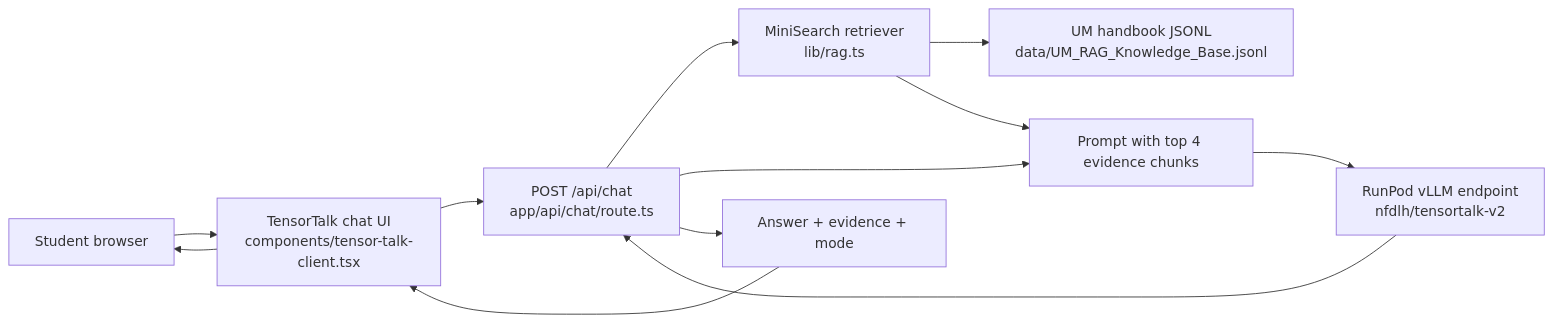
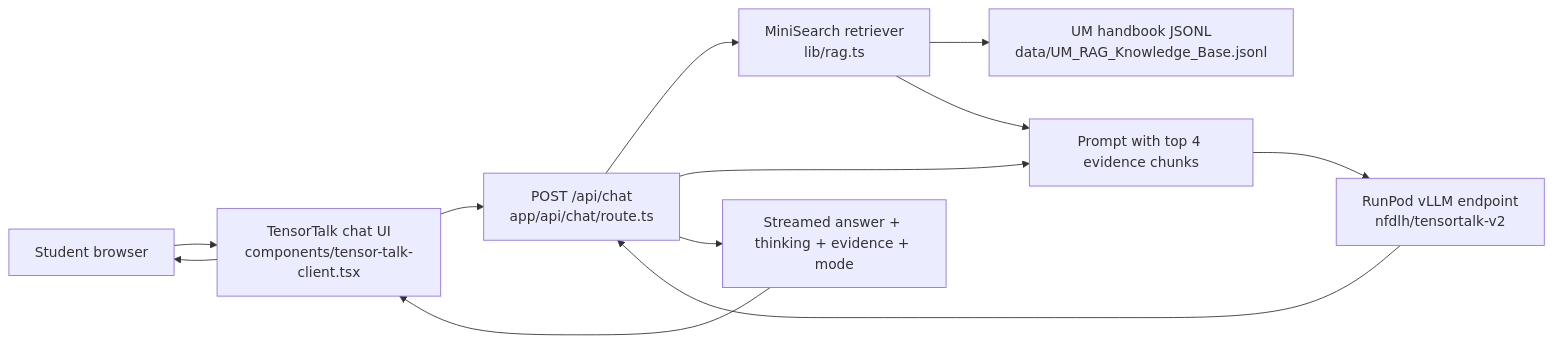
The diagram in README.md (nfdlh/tensor-talk), drawn with Mermaid before and after one commit. The commit also changed other lines of this file and 9 other files, not shown here.

````diff
--- a/README.md
+++ b/README.md
@@ -16,18 +16,18 @@
 ```mermaid
 flowchart LR
   User["Student browser"]
   UI["TensorTalk chat UI<br/>components/tensor-talk-client.tsx"]
   API["POST /api/chat<br/>app/api/chat/route.ts"]
   RAG["MiniSearch retriever<br/>lib/rag.ts"]
   KB["UM handbook JSONL<br/>data/UM_RAG_Knowledge_Base.jsonl"]
   Prompt["Prompt with top 4 evidence chunks"]
   Model["RunPod vLLM endpoint<br/>nfdlh/tensortalk-v2"]
-  Response["Answer + evidence + mode"]
+  Response["Streamed answer + thinking + evidence + mode"]
 
   User --> UI --> API
   API --> RAG
   RAG --> KB
   RAG --> Prompt
   API --> Prompt --> Model --> API
   API --> Response --> UI --> User
 ```
````
